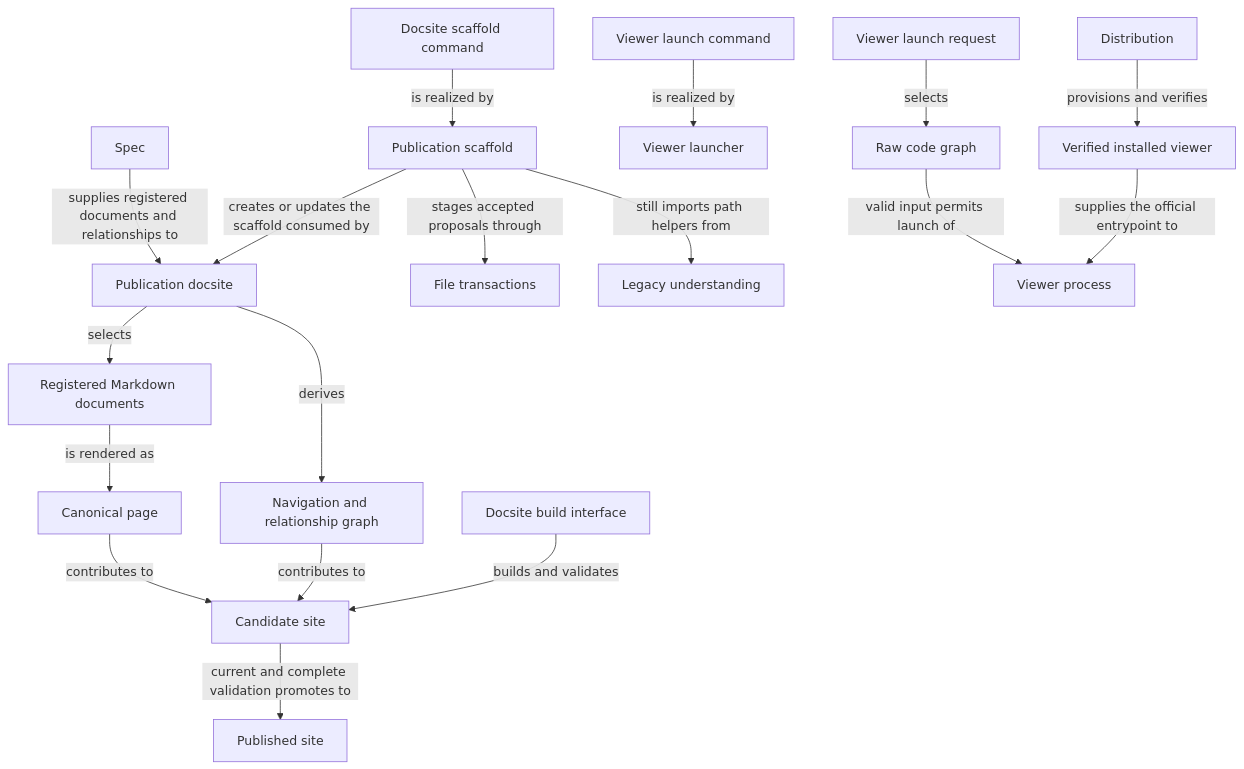
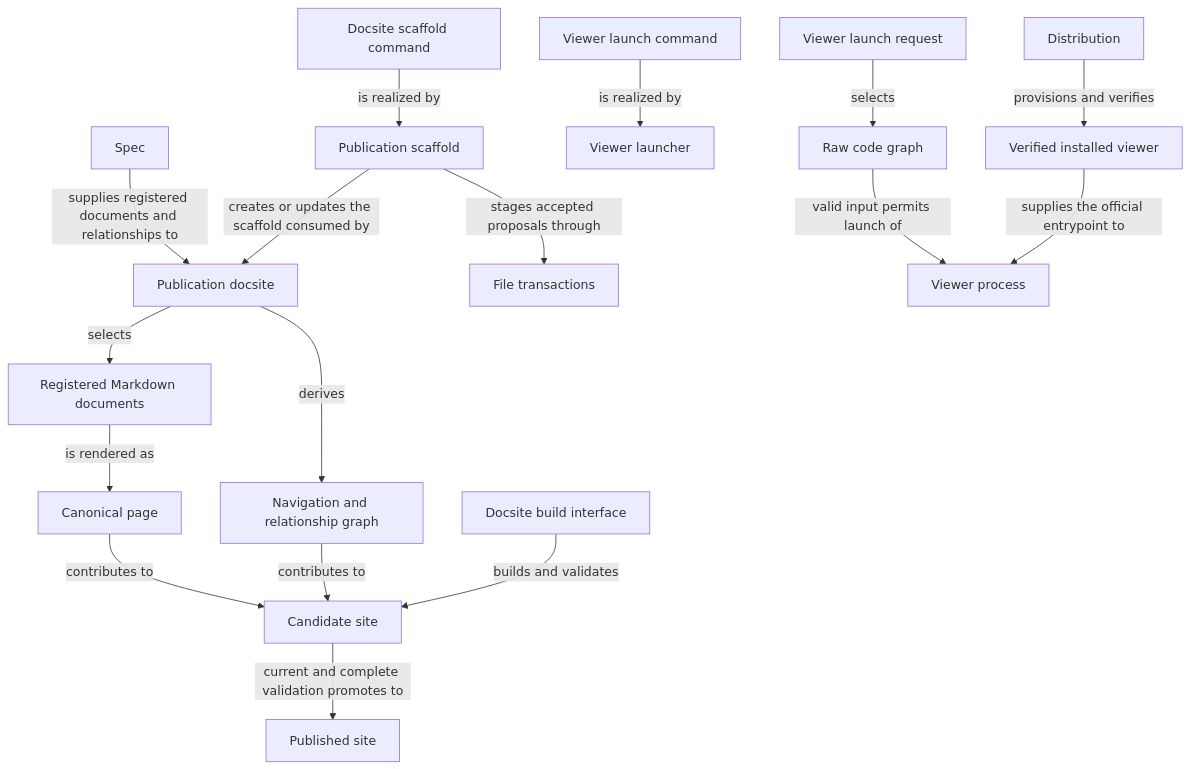
One commit to FTOD/concorde changed the diagram in specs/modules/concorde/views/module.md. Above: the diagram before and after it, drawn with Mermaid. The commit also changed other lines of this file and 243 other files, not shown here.

First line of the commit message:
refactor!: remove the Profile 7 legacy package and the docsite feature plugin

````diff
--- a/specs/modules/concorde/views/module.md
+++ b/specs/modules/concorde/views/module.md
@@ -435,41 +232,39 @@
 ```mermaid
 flowchart TB
     accTitle: Views entities and relationships
-    accDescr: Spec supplies registered documents and relationships to Publication docsite, which selects Registered Markdown documents and derives the Navigation and relationship graph; documents render as Canonical pages that, together with navigation, contribute to a Candidate site. The Docsite build interface builds and validates the candidate, which is promoted to the Published site only when current and complete. The Docsite scaffold command is realized by Publication scaffold, which feeds Publication docsite and still imports path helpers from Legacy understanding, and stages accepted proposals through File transactions. The Viewer launch command is realized by the Viewer launcher. A Viewer launch request selects the Raw code graph, which, together with the Verified installed viewer that Distribution supplies, permits the Viewer process.
+    accDescr: Spec supplies registered documents and relationships to Publication docsite, which selects Registered Markdown documents and derives the Navigation and relationship graph; documents render as Canonical pages that, together with navigation, contribute to a Candidate site. The Docsite build interface builds and validates the candidate, which is promoted to the Published site only when current and complete. The Docsite scaffold command is realized by Publication scaffold, which feeds Publication docsite and stages accepted proposals through File transactions. The Viewer launch command is realized by the Viewer launcher. A Viewer launch request selects the Raw code graph, which, together with the Verified installed viewer that Distribution supplies, permits the Viewer process.
     spec["Spec"]
     distribution["Distribution"]
     publicationDocsite["Publication docsite"]
     publicationScaffold["Publication scaffold"]
     viewerLauncher["Viewer launcher"]
     fileTransactions["File transactions"]
-    legacyUnderstanding["Legacy understanding"]
     docsiteScaffoldCommand["Docsite scaffold command"]
     docsiteBuildInterface["Docsite build interface"]
     viewerLaunchCommand["Viewer launch command"]
     markdownDocuments["Registered Markdown documents"]
     canonicalPage["Canonical page"]
     navigation["Navigation and relationship graph"]
     candidateSite["Candidate site"]
     publishedSite["Published site"]
     viewerRequest["Viewer launch request"]
     codeGraph["Raw code graph"]
     verifiedViewer["Verified installed viewer"]
     viewerProcess["Viewer process"]
     spec -->|supplies registered documents and relationships to| publicationDocsite
     publicationDocsite -->|selects| markdownDocuments
     markdownDocuments -->|is rendered as| canonicalPage
     publicationDocsite -->|derives| navigation
     canonicalPage -->|contributes to| candidateSite
     navigation -->|contributes to| candidateSite
     docsiteBuildInterface -->|builds and validates| candidateSite
     candidateSite -->|current and complete validation promotes to| publishedSite
     docsiteScaffoldCommand -->|is realized by| publicationScaffold
     publicationScaffold -->|creates or updates the scaffold consumed by| publicationDocsite
-    publicationScaffold -->|still imports path helpers from| legacyUnderstanding
     publicationScaffold -->|stages accepted proposals through| fileTransactions
     viewerLaunchCommand -->|is realized by| viewerLauncher
     viewerRequest -->|selects| codeGraph
     codeGraph -->|valid input permits launch of| viewerProcess
     verifiedViewer -->|supplies the official entrypoint to| viewerProcess
     distribution -->|provisions and verifies| verifiedViewer
 ```
````
